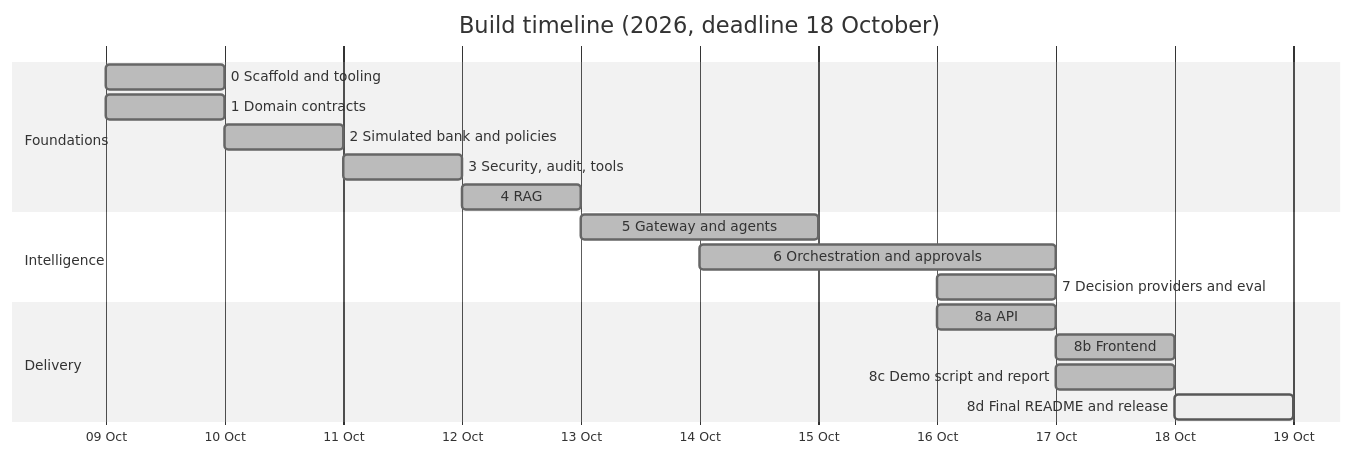
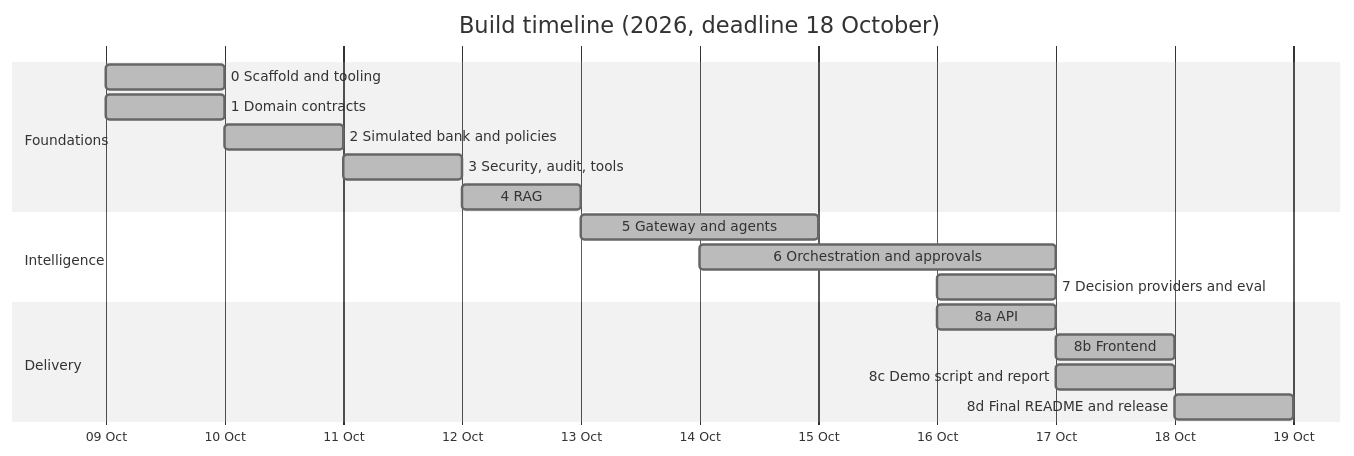
One commit to mk-2007/Agentic-Banking changed the sixth of 6 diagrams in README.md. Above: the diagram before and after it, drawn with Mermaid (neutral theme). The commit also changed other lines of this file and 3 other files, not shown here.

````diff
--- a/README.md
+++ b/README.md
@@ -366,21 +367,21 @@
 ```mermaid
 gantt
     title Build timeline (2026, deadline 18 October)
     dateFormat YYYY-MM-DD
     axisFormat %d %b
     section Foundations
     0 Scaffold and tooling           :done, p0, 2026-10-09, 1d
     1 Domain contracts               :done, p1, 2026-10-09, 1d
     2 Simulated bank and policies    :done, p2, 2026-10-10, 1d
     3 Security, audit, tools         :done, p3, 2026-10-11, 1d
     4 RAG                            :done, p4, 2026-10-12, 1d
     section Intelligence
     5 Gateway and agents             :done, p5, 2026-10-13, 2d
     6 Orchestration and approvals    :done, p6, 2026-10-14, 3d
     7 Decision providers and eval    :done, p7, 2026-10-16, 1d
     section Delivery
     8a API                           :done, p8a, 2026-10-16, 1d
     8b Frontend                      :done, p8b, 2026-10-17, 1d
     8c Demo script and report        :done, p8c, 2026-10-17, 1d
-    8d Final README and release      :active, p8d, 2026-10-18, 1d
+    8d Final README and release      :done, p8d, 2026-10-18, 1d
 ```
````
